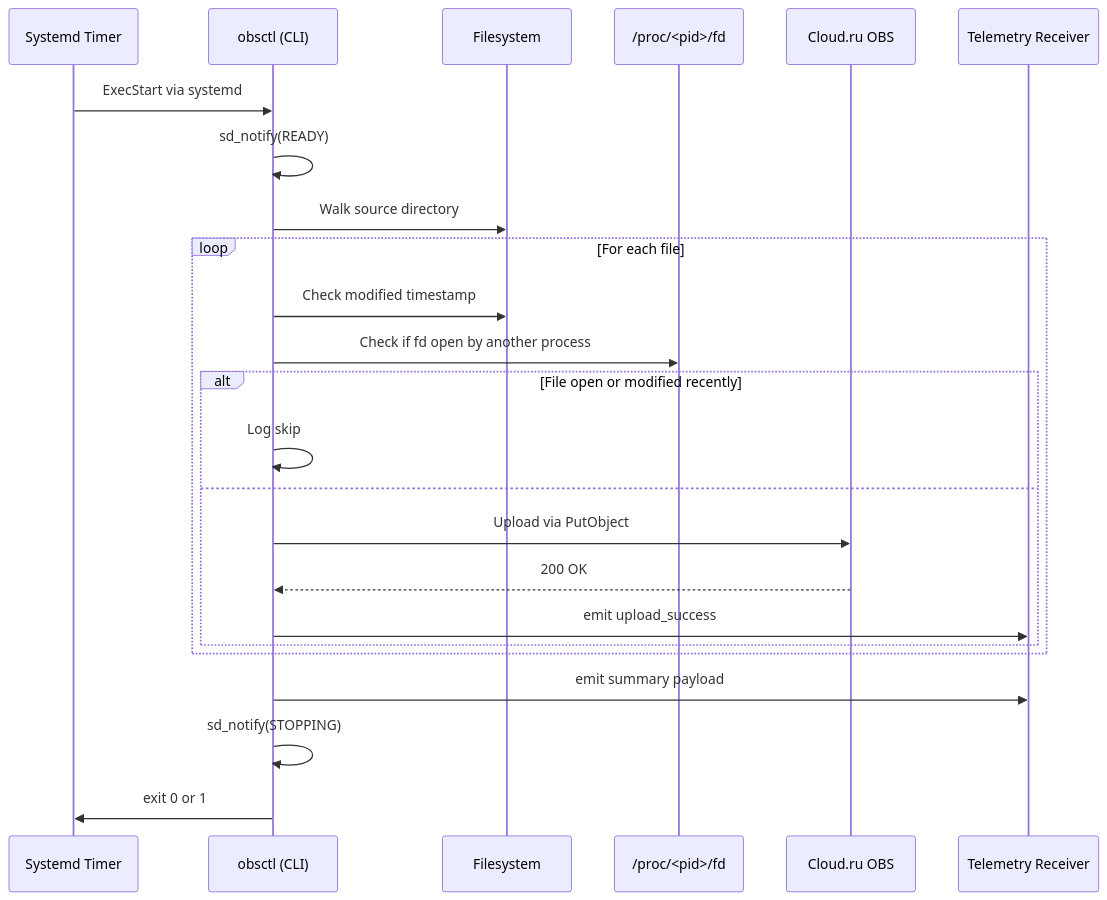
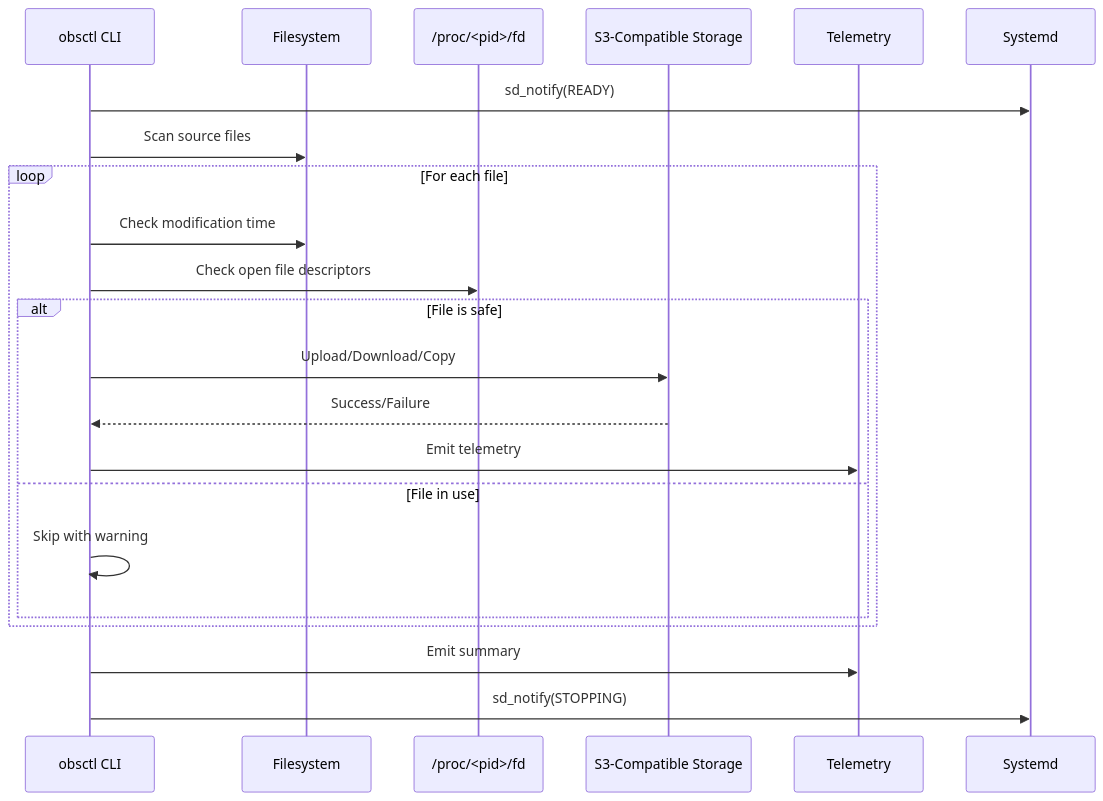
One commit to microscaler/obsctl changed the diagram in README.md. Above: the diagram before and after it, drawn with Mermaid. The commit also changed other lines of this file and 118 other files, not shown here.

````diff
--- a/README.md
+++ b/README.md
@@ -36,27 +78,25 @@
 ```mermaid
 sequenceDiagram
-    participant Sys as Systemd Timer
-    participant App as obsctl (CLI)
+    participant CLI as obsctl CLI
     participant FS as Filesystem
     participant PROC as /proc/<pid>/fd
-    participant S3 as Cloud.ru OBS
-    participant OTEL as Telemetry Receiver
+    participant S3 as S3-Compatible Storage
+    participant OTEL as Telemetry
+    participant SD as Systemd
 
-    Sys->>App: ExecStart via systemd
-    App->>App: sd_notify(READY)
-    App->>FS: Walk source directory
+    CLI->>SD: sd_notify(READY)
+    CLI->>FS: Scan source files
     loop For each file
-        App->>FS: Check modified timestamp
-        App->>PROC: Check if fd open by another process
-        alt File open or modified recently
-            App->>App: Log skip
-        else
-            App->>S3: Upload via PutObject
-            S3-->>App: 200 OK
-            App->>OTEL: emit upload_success
+        CLI->>FS: Check modification time
+        CLI->>PROC: Check open file descriptors
+        alt File is safe
+            CLI->>S3: Upload/Download/Copy
+            S3-->>CLI: Success/Failure
+            CLI->>OTEL: Emit telemetry
+        else File in use
+            CLI->>CLI: Skip with warning
         end
     end
-    App->>OTEL: emit summary payload
-    App->>App: sd_notify(STOPPING)
-    App->>Sys: exit 0 or 1
+    CLI->>OTEL: Emit summary
+    CLI->>SD: sd_notify(STOPPING)
 ```
````
